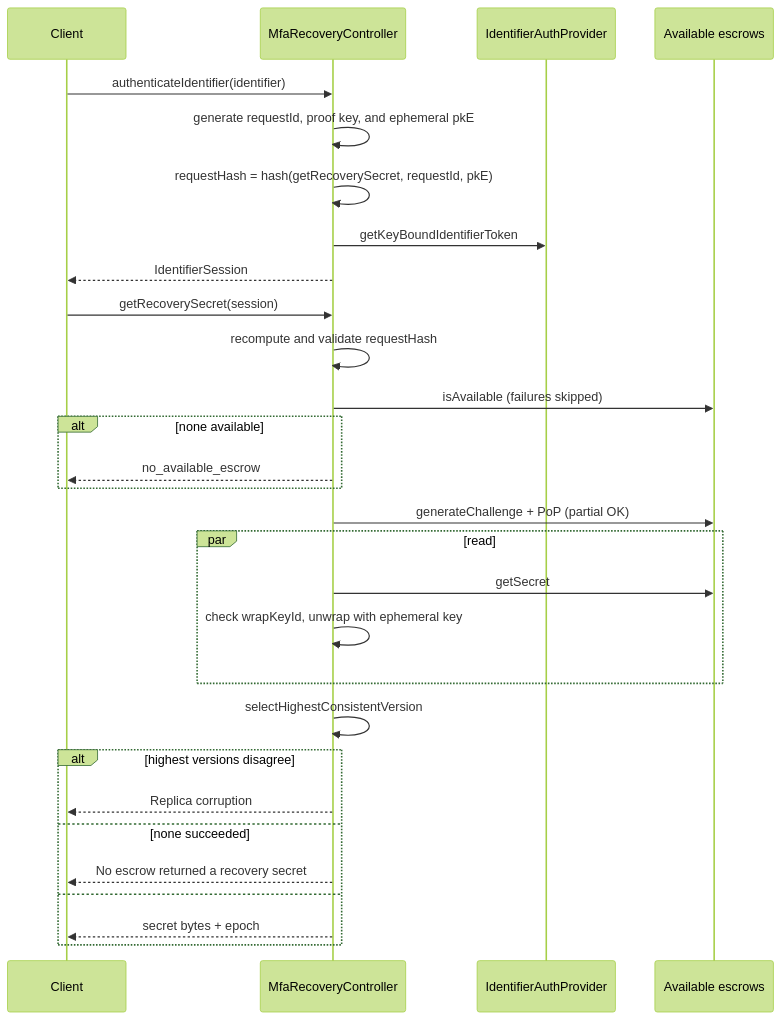
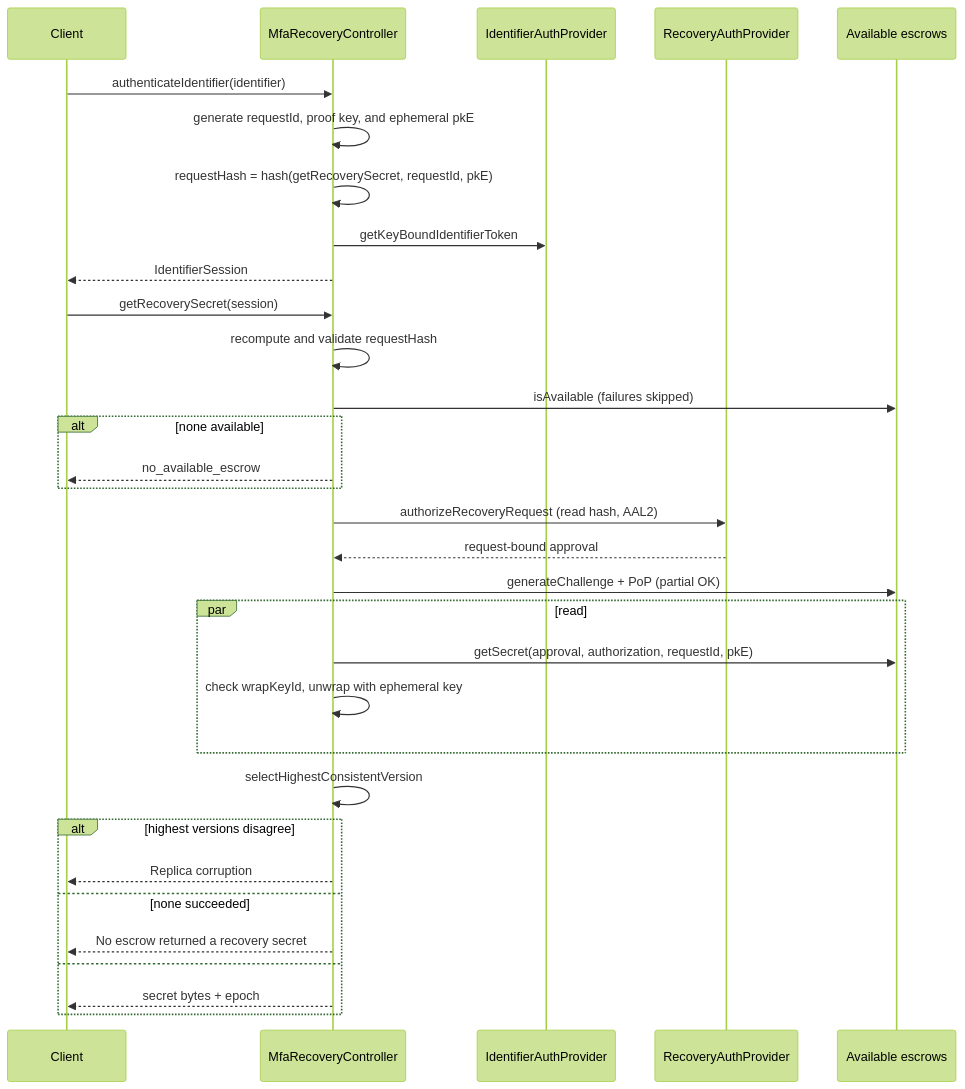
One commit to MetaMask/core changed the fourth of 5 diagrams in packages/mfa-recovery-controller/ARCHITECTURE.md. Above: the diagram before and after it, drawn with Mermaid (forest theme). The commit also changed other lines of this file and 12 other files, not shown here.

Commit message:
fix: require AAL2 approvals for recovery reads and writes

````diff
--- a/packages/mfa-recovery-controller/ARCHITECTURE.md
+++ b/packages/mfa-recovery-controller/ARCHITECTURE.md
@@ -276,32 +229,35 @@
 ```mermaid
 sequenceDiagram
   participant C as Client
   participant M as MfaRecoveryController
   participant I as IdentifierAuthProvider
+  participant A as RecoveryAuthProvider
   participant E as Available escrows
 
   C->>M: authenticateIdentifier(identifier)
   M->>M: generate requestId, proof key, and ephemeral pkE
   M->>M: requestHash = hash(getRecoverySecret, requestId, pkE)
   M->>I: getKeyBoundIdentifierToken
   M-->>C: IdentifierSession
   C->>M: getRecoverySecret(session)
   M->>M: recompute and validate requestHash
   M->>E: isAvailable (failures skipped)
   alt none available
     M-->>C: no_available_escrow
   end
+  M->>A: authorizeRecoveryRequest (read hash, AAL2)
+  A-->>M: request-bound approval
   M->>E: generateChallenge + PoP (partial OK)
   par read
-    M->>E: getSecret
+    M->>E: getSecret(approval, authorization, requestId, pkE)
     M->>M: check wrapKeyId, unwrap with ephemeral key
   end
   M->>M: selectHighestConsistentVersion
   alt highest versions disagree
     M-->>C: Replica corruption
   else none succeeded
     M-->>C: No escrow returned a recovery secret
   else
     M-->>C: secret bytes + epoch
   end
 ```
````
